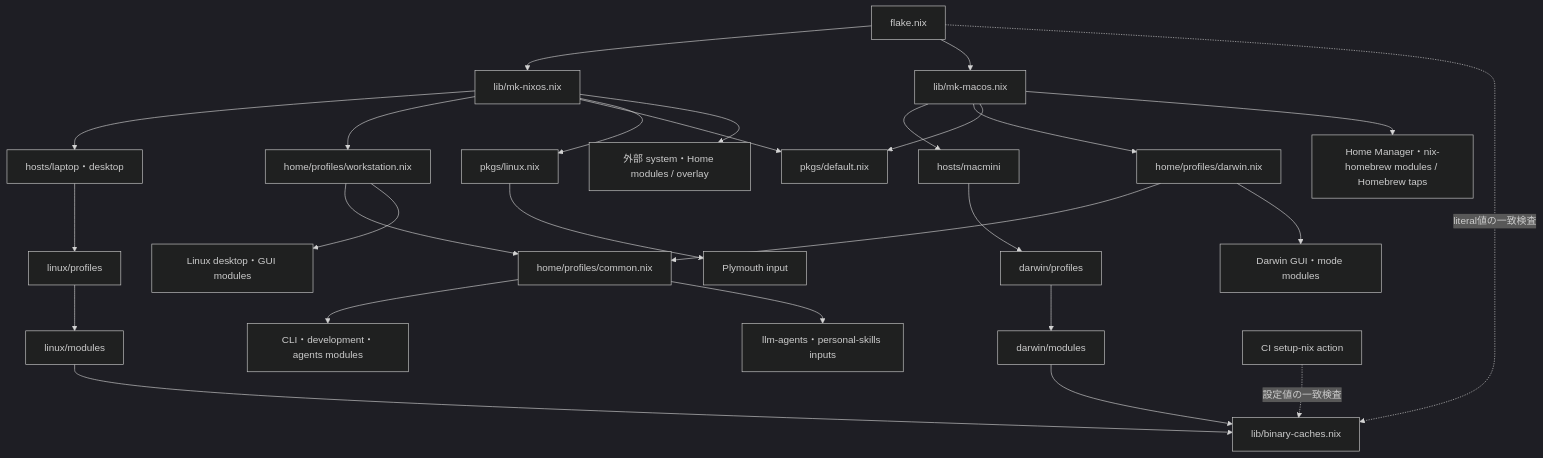
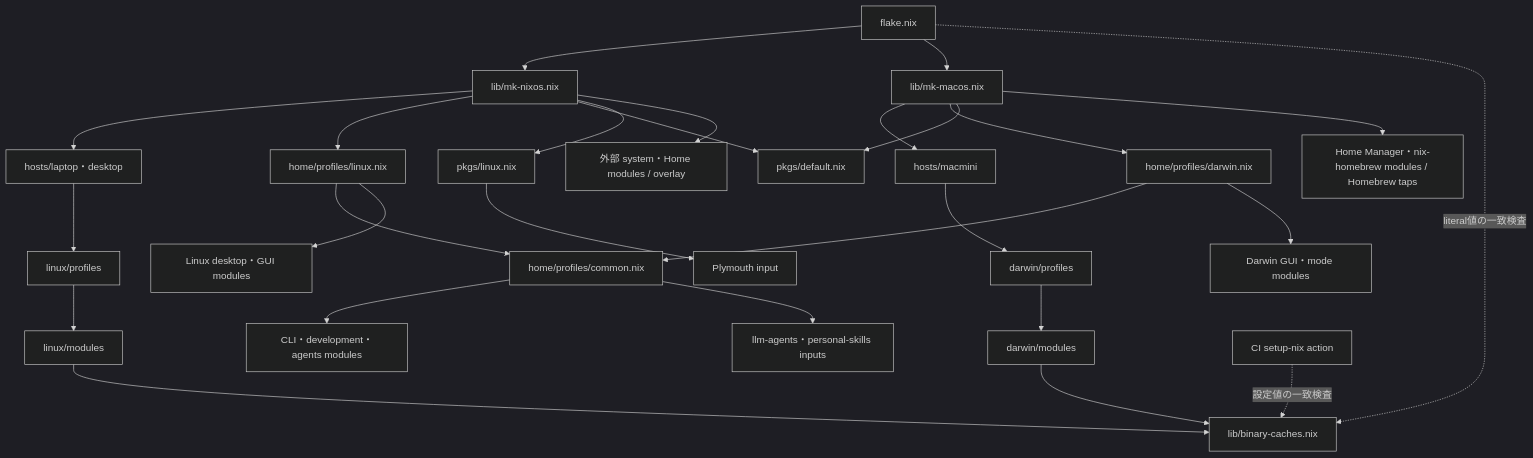
Before and after one commit to T4ko0522/dotfiles: the diagram in docs/nix-configs-refactor-plan.md, drawn with Mermaid (dark theme). The commit also changed 4 other files, not shown here.

````diff
--- a/docs/nix-configs-refactor-plan.md
+++ b/docs/nix-configs-refactor-plan.md
@@ -233,29 +233,29 @@
 ```mermaid
 flowchart TD
   flake[flake.nix] --> linuxBuilder[lib/mk-nixos.nix]
   flake --> darwinBuilder[lib/mk-macos.nix]
   linuxBuilder --> linuxHosts[hosts/laptop・desktop]
   darwinBuilder --> darwinHost[hosts/macmini]
   linuxHosts --> linuxProfiles[linux/profiles]
   linuxProfiles --> linuxModules[linux/modules]
   darwinHost --> darwinProfiles[darwin/profiles]
   darwinProfiles --> darwinModules[darwin/modules]
-  linuxBuilder --> workstation[home/profiles/workstation.nix]
+  linuxBuilder --> linuxHome[home/profiles/linux.nix]
   darwinBuilder --> darwinHome[home/profiles/darwin.nix]
-  workstation --> common[home/profiles/common.nix]
+  linuxHome --> common[home/profiles/common.nix]
   darwinHome --> common
   common --> cli[CLI・development・agents modules]
-  workstation --> desktop[Linux desktop・GUI modules]
+  linuxHome --> desktop[Linux desktop・GUI modules]
   darwinHome --> darwinApps[Darwin GUI・mode modules]
   linuxBuilder --> commonPackages[pkgs/default.nix]
   darwinBuilder --> commonPackages
   linuxBuilder --> linuxPackages[pkgs/linux.nix]
   linuxPackages --> plymouth[Plymouth input]
   linuxBuilder --> linuxExternal[外部 system・Home modules / overlay]
   darwinBuilder --> darwinExternal[Home Manager・nix-homebrew modules / Homebrew taps]
   common --> agentInputs[llm-agents・personal-skills inputs]
   linuxModules --> caches[lib/binary-caches.nix]
   darwinModules --> caches
   flake -. literal値の一致検査 .-> caches
   setup[CI setup-nix action] -. 設定値の一致検査 .-> caches
 ```
````
